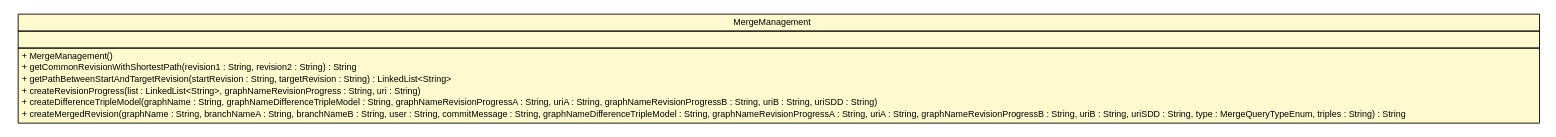
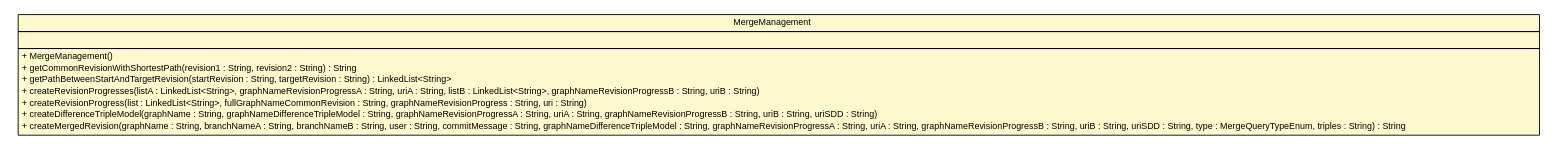
The diagram in site/apidocs/de/tud/plt/r43ples/management/MergeManagement.dot (adrianorzyszek/r43ples), drawn with Graphviz before and after one commit. The commit also changed 160 other files, not shown here.

```diff
--- a/site/apidocs/de/tud/plt/r43ples/management/MergeManagement.dot
+++ b/site/apidocs/de/tud/plt/r43ples/management/MergeManagement.dot
@@ -1,29 +1,30 @@
 #!/usr/local/bin/dot
 #
 # Class diagram 
 # Generated by UMLGraph version R5_6-24-gf6e263 (http://www.umlgraph.org/)
 #
 
 digraph G {
 	edge [fontname="Helvetica",fontsize=10,labelfontname="Helvetica",labelfontsize=10];
 	node [fontname="Helvetica",fontsize=10,shape=plaintext];
 	nodesep=0.25;
 	ranksep=0.5;
 	// de.tud.plt.r43ples.management.MergeManagement
 	c1012 [label=<<table title="de.tud.plt.r43ples.management.MergeManagement" border="0" cellborder="1" cellspacing="0" cellpadding="2" port="p" bgcolor="lemonChiffon" href="./MergeManagement.html">
 		<tr><td><table border="0" cellspacing="0" cellpadding="1">
 <tr><td align="center" balign="center"> MergeManagement </td></tr>
 		</table></td></tr>
 		<tr><td><table border="0" cellspacing="0" cellpadding="1">
 <tr><td align="left" balign="left">  </td></tr>
 		</table></td></tr>
 		<tr><td><table border="0" cellspacing="0" cellpadding="1">
 <tr><td align="left" balign="left"> + MergeManagement() </td></tr>
 <tr><td align="left" balign="left"> + getCommonRevisionWithShortestPath(revision1 : String, revision2 : String) : String </td></tr>
 <tr><td align="left" balign="left"> + getPathBetweenStartAndTargetRevision(startRevision : String, targetRevision : String) : LinkedList&lt;String&gt; </td></tr>
-<tr><td align="left" balign="left"> + createRevisionProgress(list : LinkedList&lt;String&gt;, graphNameRevisionProgress : String, uri : String) </td></tr>
+<tr><td align="left" balign="left"> + createRevisionProgresses(listA : LinkedList&lt;String&gt;, graphNameRevisionProgressA : String, uriA : String, listB : LinkedList&lt;String&gt;, graphNameRevisionProgressB : String, uriB : String) </td></tr>
+<tr><td align="left" balign="left"> + createRevisionProgress(list : LinkedList&lt;String&gt;, fullGraphNameCommonRevision : String, graphNameRevisionProgress : String, uri : String) </td></tr>
 <tr><td align="left" balign="left"> + createDifferenceTripleModel(graphName : String, graphNameDifferenceTripleModel : String, graphNameRevisionProgressA : String, uriA : String, graphNameRevisionProgressB : String, uriB : String, uriSDD : String) </td></tr>
 <tr><td align="left" balign="left"> + createMergedRevision(graphName : String, branchNameA : String, branchNameB : String, user : String, commitMessage : String, graphNameDifferenceTripleModel : String, graphNameRevisionProgressA : String, uriA : String, graphNameRevisionProgressB : String, uriB : String, uriSDD : String, type : MergeQueryTypeEnum, triples : String) : String </td></tr>
 		</table></td></tr>
 		</table>>, URL="./MergeManagement.html", fontname="Helvetica", fontcolor="black", fontsize=10.0];
 }
```
